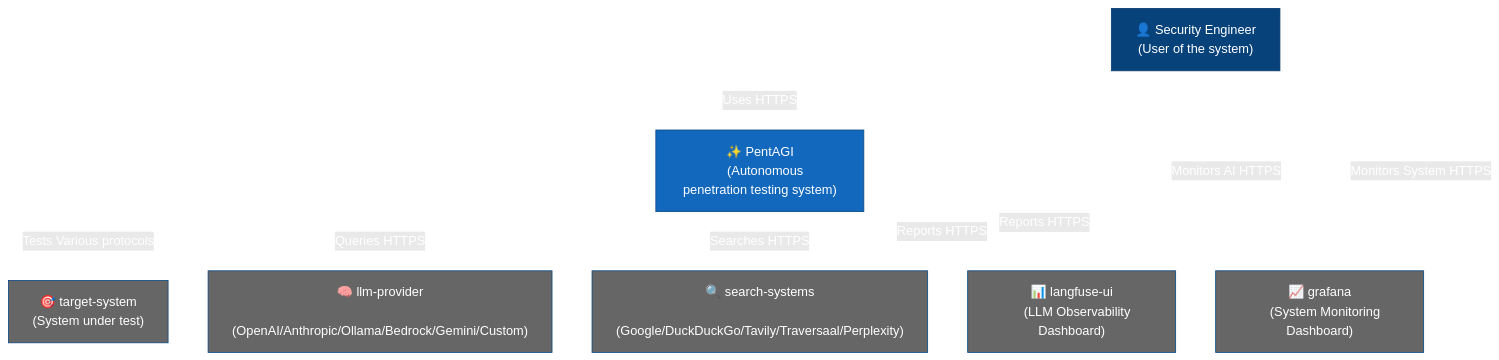
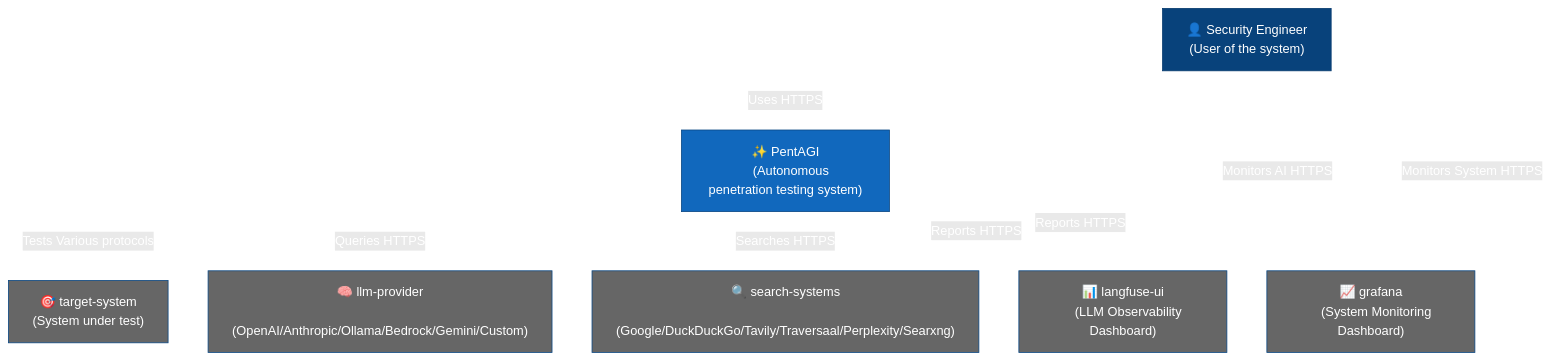
Before and after one commit to pentagi-oss/pentagi: the first of 6 diagrams in README.md, drawn with Mermaid. The commit also changed other lines of this file and 13 other files, not shown here.

````diff
--- a/README.md
+++ b/README.md
@@ -60,38 +60,38 @@
 ```mermaid
 flowchart TB
     classDef person fill:#08427B,stroke:#073B6F,color:#fff
     classDef system fill:#1168BD,stroke:#0B4884,color:#fff
     classDef external fill:#666666,stroke:#0B4884,color:#fff
     
     pentester["👤 Security Engineer
     (User of the system)"]
     
     pentagi["✨ PentAGI
     (Autonomous penetration testing system)"]
     
     target["🎯 target-system
     (System under test)"]
     llm["🧠 llm-provider
     (OpenAI/Anthropic/Ollama/Bedrock/Gemini/Custom)"]
     search["🔍 search-systems
-    (Google/DuckDuckGo/Tavily/Traversaal/Perplexity)"]
+    (Google/DuckDuckGo/Tavily/Traversaal/Perplexity/Searxng)"]
     langfuse["📊 langfuse-ui
     (LLM Observability Dashboard)"]
     grafana["📈 grafana
     (System Monitoring Dashboard)"]
     
     pentester --> |Uses HTTPS| pentagi
     pentester --> |Monitors AI HTTPS| langfuse
     pentester --> |Monitors System HTTPS| grafana
     pentagi --> |Tests Various protocols| target
     pentagi --> |Queries HTTPS| llm
     pentagi --> |Searches HTTPS| search
     pentagi --> |Reports HTTPS| langfuse
     pentagi --> |Reports HTTPS| grafana
     
     class pentester person
     class pentagi system
     class target,llm,search,langfuse,grafana external
     
     linkStyle default stroke:#ffffff,color:#ffffff
 ```
````
